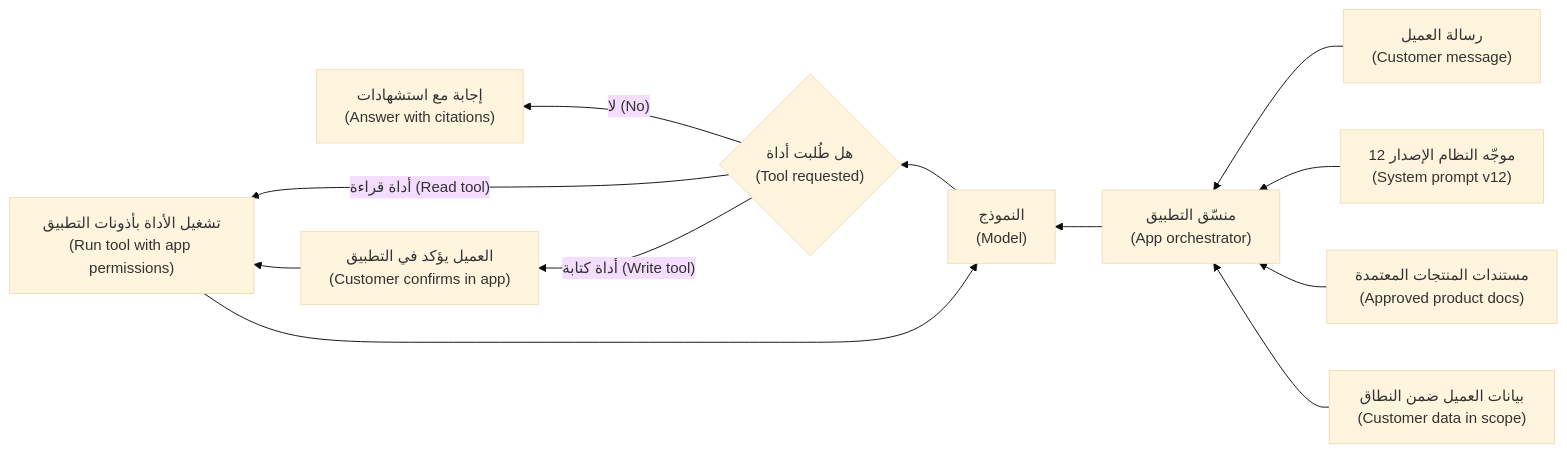
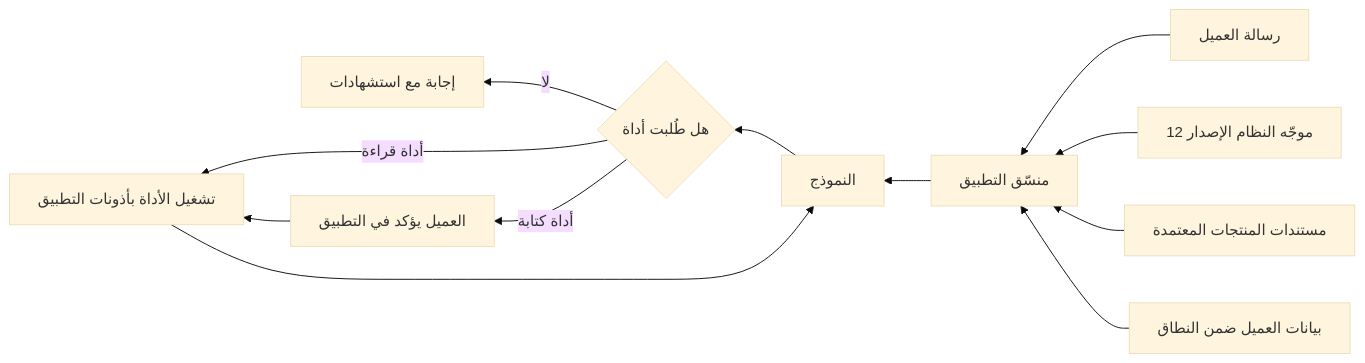
Before and after one commit to Tamoura/system-design-for-vibe-coders: the third of 3 diagrams in aipm/modules/05-build.ar.md, drawn with Mermaid (base theme). The commit also changed other lines of this file and 551 other files, not shown here.

````diff
--- a/aipm/modules/05-build.ar.md
+++ b/aipm/modules/05-build.ar.md
@@ -534,14 +550,14 @@
 ```mermaid
 flowchart RL
-    U["رسالة العميل<br/>(Customer message)"] --> O["منسّق التطبيق<br/>(App orchestrator)"]
-    P["موجّه النظام الإصدار 12<br/>(System prompt v12)"] --> O
-    K["مستندات المنتجات المعتمدة<br/>(Approved product docs)"] --> O
-    D["بيانات العميل ضمن النطاق<br/>(Customer data in scope)"] --> O
-    O --> M["النموذج<br/>(Model)"]
-    M --> Q{"هل طُلبت أداة<br/>(Tool requested)"}
-    Q -- "لا (No)" --> R["إجابة مع استشهادات<br/>(Answer with citations)"]
-    Q -- "أداة قراءة (Read tool)" --> T["تشغيل الأداة بأذونات التطبيق<br/>(Run tool with app permissions)"]
-    Q -- "أداة كتابة (Write tool)" --> C["العميل يؤكد في التطبيق<br/>(Customer confirms in app)"]
+    U["رسالة العميل"] --> O["منسّق التطبيق"]
+    P["موجّه النظام الإصدار 12"] --> O
+    K["مستندات المنتجات المعتمدة"] --> O
+    D["بيانات العميل ضمن النطاق"] --> O
+    O --> M["النموذج"]
+    M --> Q{"هل طُلبت أداة"}
+    Q -- "لا" --> R["إجابة مع استشهادات"]
+    Q -- "أداة قراءة" --> T["تشغيل الأداة بأذونات التطبيق"]
+    Q -- "أداة كتابة" --> C["العميل يؤكد في التطبيق"]
     C --> T
     T --> M
 ```
````
